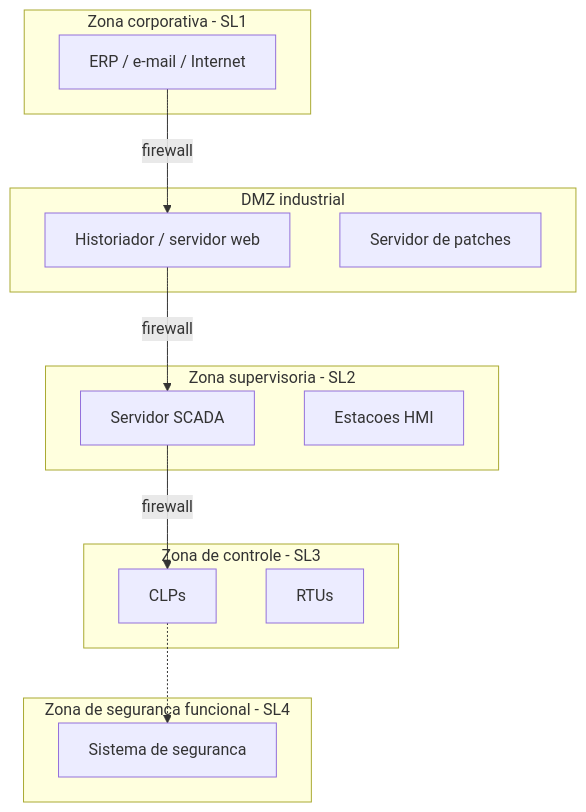
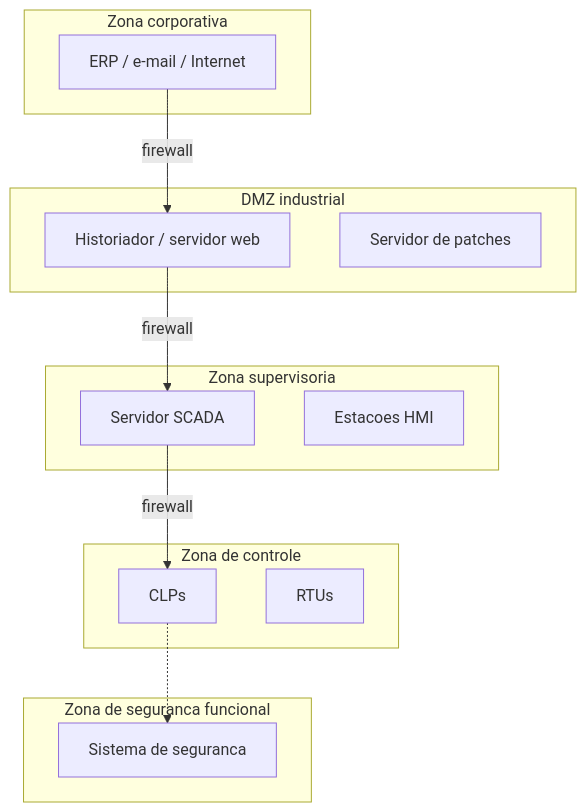
One commit to wvianna/apostila-scada-IFF changed the first of 2 diagrams in apostila/capitulo-08.md. Above: the diagram before and after it, drawn with Mermaid. The commit also changed other lines of this file and 94 other files, not shown here.

````diff
--- a/apostila/capitulo-08.md
+++ b/apostila/capitulo-08.md
@@ -85,25 +85,25 @@
 ```mermaid
 flowchart TB
-    subgraph Z1["Zona corporativa - SL1"]
+    subgraph Z1["Zona corporativa"]
         ERP["ERP / e-mail / Internet"]
     end
     subgraph Z2["DMZ industrial"]
         HIST["Historiador / servidor web"]
         PATCH["Servidor de patches"]
     end
-    subgraph Z3["Zona supervisoria - SL2"]
+    subgraph Z3["Zona supervisoria"]
         SCADA["Servidor SCADA"]
         HMI["Estacoes HMI"]
     end
-    subgraph Z4["Zona de controle - SL3"]
+    subgraph Z4["Zona de controle"]
         CLP["CLPs"]
         RTU["RTUs"]
     end
-    subgraph Z5["Zona de seguranca funcional - SL4"]
+    subgraph Z5["Zona de seguranca funcional"]
         SIS["Sistema de seguranca"]
     end
     ERP -->|"firewall"| HIST
     HIST -->|"firewall"| SCADA
     SCADA -->|"firewall"| CLP
     CLP -.-> SIS
 ```
````
